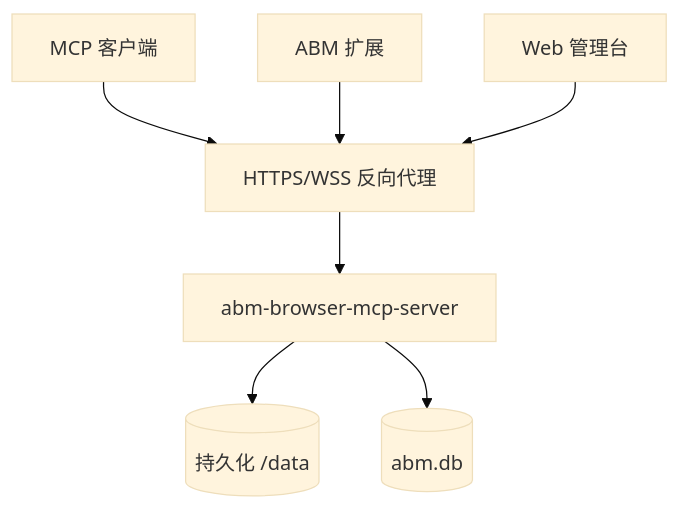
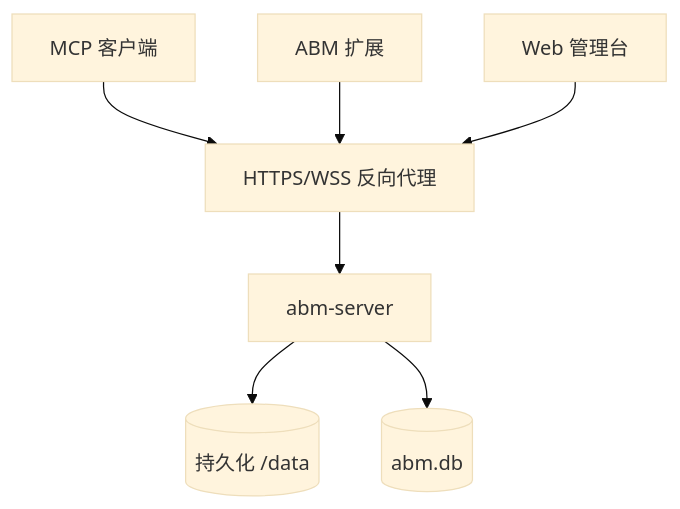
One commit to borgle/abm-server changed the fifth of 5 diagrams in docs/architecture.md. Above: the diagram before and after it, drawn with Mermaid (base theme). The commit also changed other lines of this file and 3 other files, not shown here.

````diff
--- a/docs/architecture.md
+++ b/docs/architecture.md
@@ -1234,9 +1234,9 @@
 ```mermaid
 flowchart TB
-    Proxy[HTTPS/WSS 反向代理] --> App[abm-browser-mcp-server]
+    Proxy[HTTPS/WSS 反向代理] --> App[abm-server]
     App --> Volume[(持久化 /data)]
     App --> SQLite[(abm.db)]
     Client[MCP 客户端] --> Proxy
     Extension[ABM 扩展] --> Proxy
     Browser[Web 管理台] --> Proxy
 ```
````
